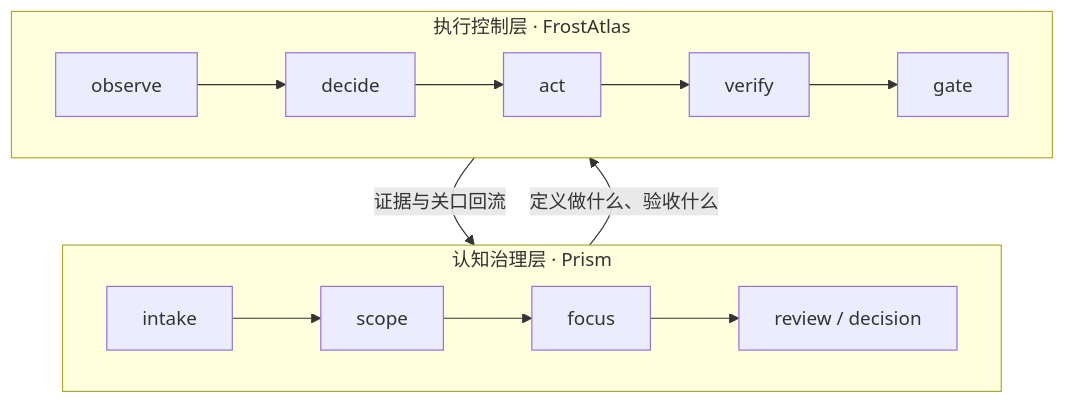
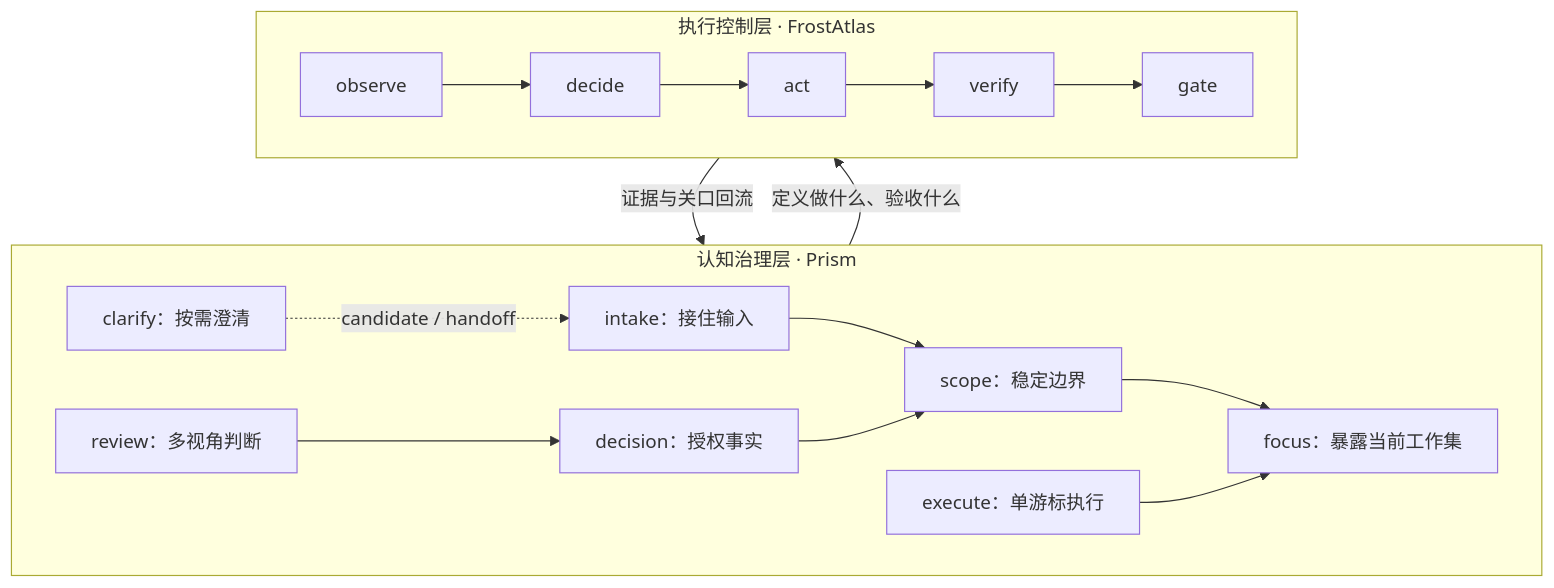
Before and after one commit to ArnoFrost/prism: the diagram in README.md, drawn with Mermaid. The commit also changed other lines of this file and 9 other files, not shown here.

````diff
--- a/README.md
+++ b/README.md
@@ -37,14 +41,17 @@
 ```mermaid
 flowchart TB
   subgraph governance ["认知治理层 · Prism"]
-    I[intake] --> S[scope]
-    S --> F[focus]
-    F --> R[review / decision]
+    I["intake：接住输入"] --> S["scope：稳定边界"]
+    S --> F["focus：暴露当前工作集"]
+    C["clarify：按需澄清"] -. "candidate / handoff" .-> I
+    R["review：多视角判断"] --> DR["decision：授权事实"]
+    DR --> S
+    E["execute：单游标执行"] --> F
   end
   subgraph harness ["执行控制层 · FrostAtlas"]
-    O[observe] --> D[decide] --> A[act]
+    O[observe] --> HD[decide] --> A[act]
     A --> V[verify] --> G[gate]
   end
   governance -->|"定义做什么、验收什么"| harness
   harness -->|"证据与关口回流"| governance
 ```
````
